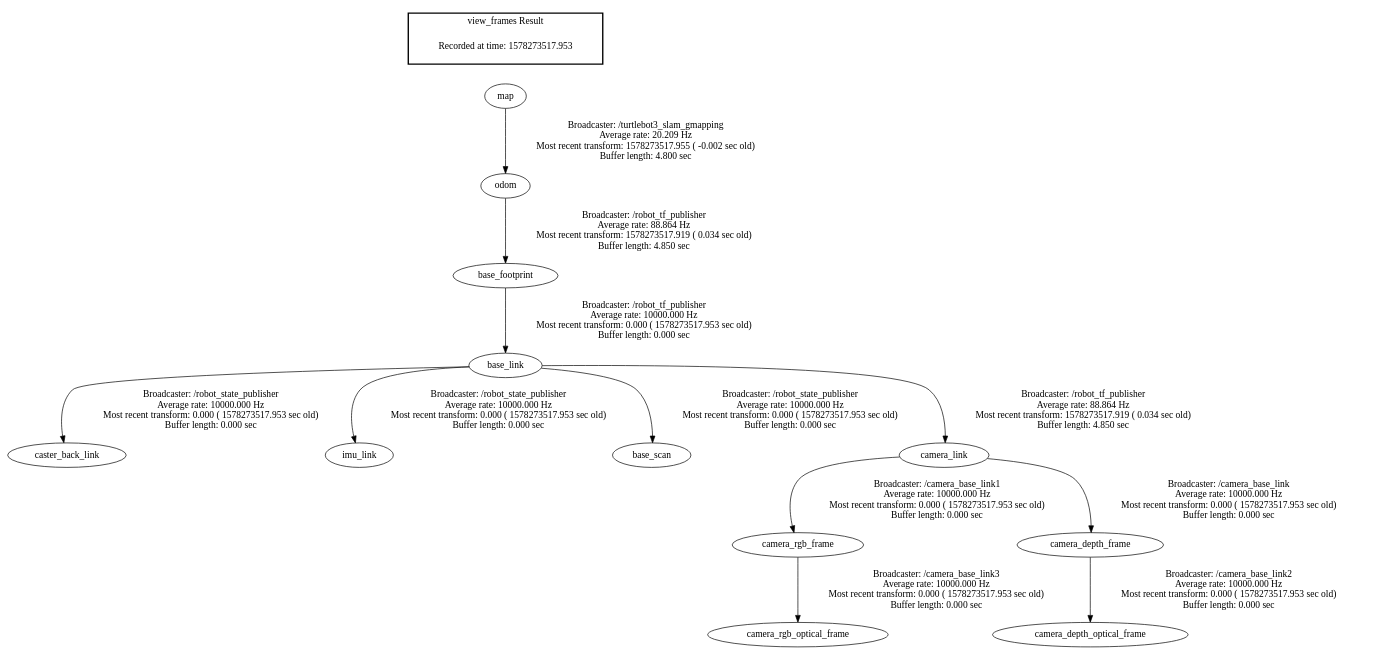
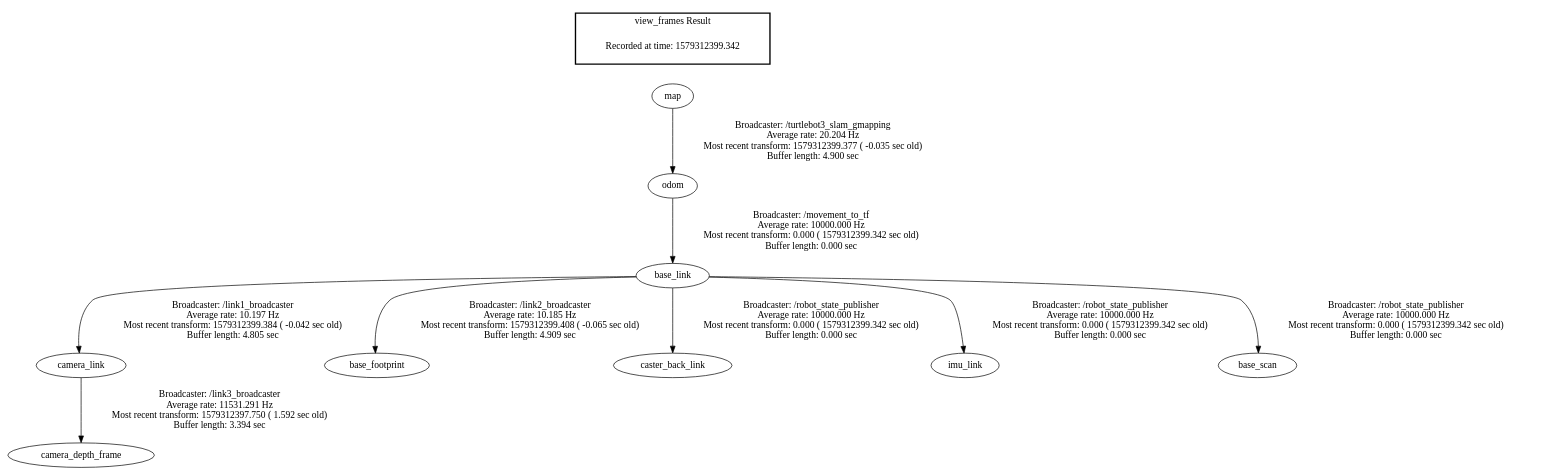
One commit to merny93/ozzie changed the diagram in catkin_ws/frames.gv. Above: the diagram before and after it, drawn with Graphviz. The commit also changed 19 other files, not shown here.

```diff
--- a/catkin_ws/frames.gv
+++ b/catkin_ws/frames.gv
@@ -1,17 +1,14 @@
 digraph G {
-"base_footprint" -> "base_link"[label="Broadcaster: /robot_tf_publisher\nAverage rate: 10000.000 Hz\nMost recent transform: 0.000 ( 1578273517.953 sec old)\nBuffer length: 0.000 sec\n"];
-"odom" -> "base_footprint"[label="Broadcaster: /robot_tf_publisher\nAverage rate: 88.864 Hz\nMost recent transform: 1578273517.919 ( 0.034 sec old)\nBuffer length: 4.850 sec\n"];
-"base_link" -> "caster_back_link"[label="Broadcaster: /robot_state_publisher\nAverage rate: 10000.000 Hz\nMost recent transform: 0.000 ( 1578273517.953 sec old)\nBuffer length: 0.000 sec\n"];
-"base_link" -> "imu_link"[label="Broadcaster: /robot_state_publisher\nAverage rate: 10000.000 Hz\nMost recent transform: 0.000 ( 1578273517.953 sec old)\nBuffer length: 0.000 sec\n"];
-"base_link" -> "base_scan"[label="Broadcaster: /robot_state_publisher\nAverage rate: 10000.000 Hz\nMost recent transform: 0.000 ( 1578273517.953 sec old)\nBuffer length: 0.000 sec\n"];
-"camera_link" -> "camera_rgb_frame"[label="Broadcaster: /camera_base_link1\nAverage rate: 10000.000 Hz\nMost recent transform: 0.000 ( 1578273517.953 sec old)\nBuffer length: 0.000 sec\n"];
-"base_link" -> "camera_link"[label="Broadcaster: /robot_tf_publisher\nAverage rate: 88.864 Hz\nMost recent transform: 1578273517.919 ( 0.034 sec old)\nBuffer length: 4.850 sec\n"];
-"camera_link" -> "camera_depth_frame"[label="Broadcaster: /camera_base_link\nAverage rate: 10000.000 Hz\nMost recent transform: 0.000 ( 1578273517.953 sec old)\nBuffer length: 0.000 sec\n"];
-"camera_rgb_frame" -> "camera_rgb_optical_frame"[label="Broadcaster: /camera_base_link3\nAverage rate: 10000.000 Hz\nMost recent transform: 0.000 ( 1578273517.953 sec old)\nBuffer length: 0.000 sec\n"];
-"camera_depth_frame" -> "camera_depth_optical_frame"[label="Broadcaster: /camera_base_link2\nAverage rate: 10000.000 Hz\nMost recent transform: 0.000 ( 1578273517.953 sec old)\nBuffer length: 0.000 sec\n"];
-"map" -> "odom"[label="Broadcaster: /turtlebot3_slam_gmapping\nAverage rate: 20.209 Hz\nMost recent transform: 1578273517.955 ( -0.002 sec old)\nBuffer length: 4.800 sec\n"];
+"camera_link" -> "camera_depth_frame"[label="Broadcaster: /link3_broadcaster\nAverage rate: 11531.291 Hz\nMost recent transform: 1579312397.750 ( 1.592 sec old)\nBuffer length: 3.394 sec\n"];
+"base_link" -> "camera_link"[label="Broadcaster: /link1_broadcaster\nAverage rate: 10.197 Hz\nMost recent transform: 1579312399.384 ( -0.042 sec old)\nBuffer length: 4.805 sec\n"];
+"odom" -> "base_link"[label="Broadcaster: /movement_to_tf\nAverage rate: 10000.000 Hz\nMost recent transform: 0.000 ( 1579312399.342 sec old)\nBuffer length: 0.000 sec\n"];
+"base_link" -> "base_footprint"[label="Broadcaster: /link2_broadcaster\nAverage rate: 10.185 Hz\nMost recent transform: 1579312399.408 ( -0.065 sec old)\nBuffer length: 4.909 sec\n"];
+"base_link" -> "caster_back_link"[label="Broadcaster: /robot_state_publisher\nAverage rate: 10000.000 Hz\nMost recent transform: 0.000 ( 1579312399.342 sec old)\nBuffer length: 0.000 sec\n"];
+"base_link" -> "imu_link"[label="Broadcaster: /robot_state_publisher\nAverage rate: 10000.000 Hz\nMost recent transform: 0.000 ( 1579312399.342 sec old)\nBuffer length: 0.000 sec\n"];
+"base_link" -> "base_scan"[label="Broadcaster: /robot_state_publisher\nAverage rate: 10000.000 Hz\nMost recent transform: 0.000 ( 1579312399.342 sec old)\nBuffer length: 0.000 sec\n"];
+"map" -> "odom"[label="Broadcaster: /turtlebot3_slam_gmapping\nAverage rate: 20.204 Hz\nMost recent transform: 1579312399.377 ( -0.035 sec old)\nBuffer length: 4.900 sec\n"];
 edge [style=invis];
  subgraph cluster_legend { style=bold; color=black; label ="view_frames Result";
-"Recorded at time: 1578273517.953"[ shape=plaintext ] ;
+"Recorded at time: 1579312399.342"[ shape=plaintext ] ;
  }->"map";
 }
```
